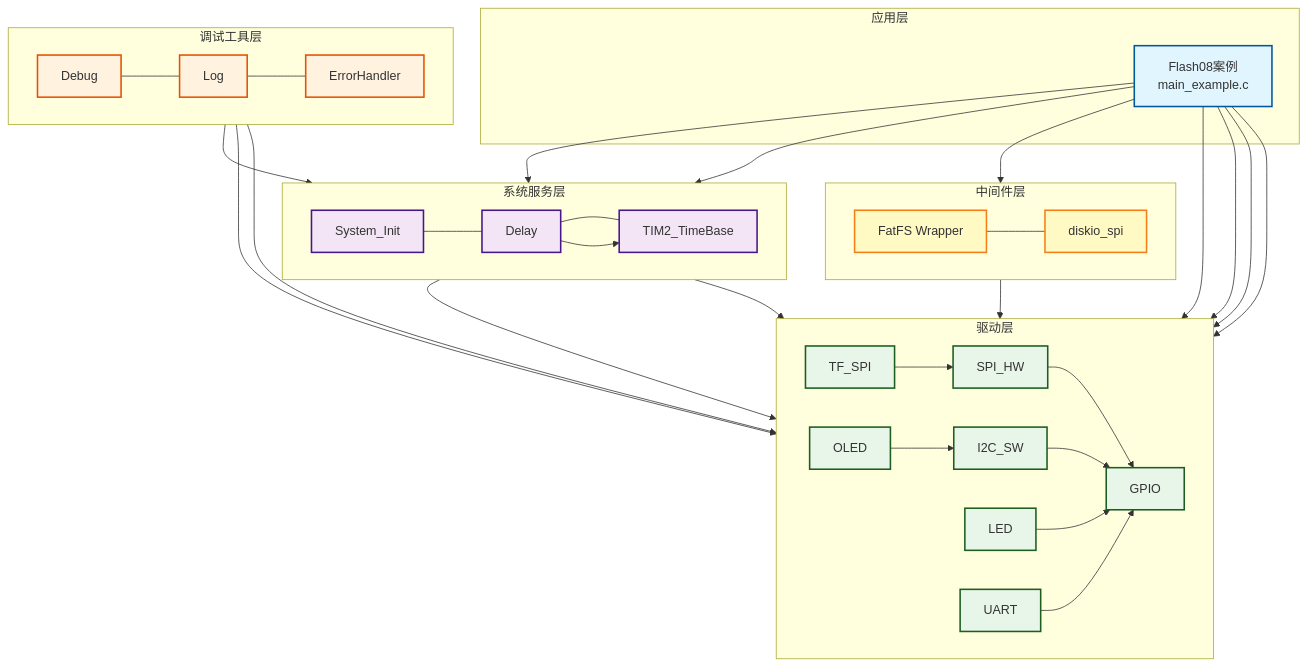
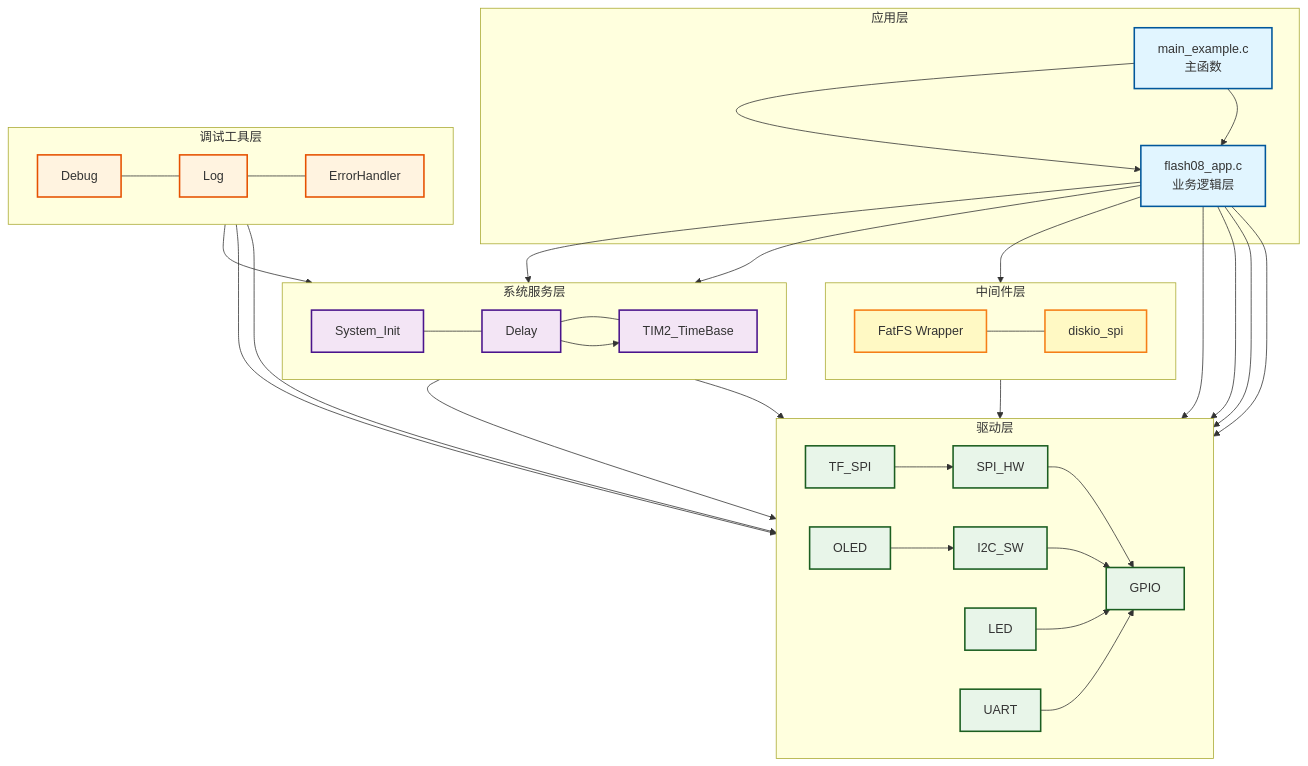
One commit to mdbsliguo/stm32_template_SPL changed the first of 3 diagrams in Examples/Flash/Flash08_TF_FatFS_Partition/README.md. Above: the diagram before and after it, drawn with Mermaid. The commit also changed other lines of this file and 7 other files, not shown here.

```diff
--- a/Examples/Flash/Flash08_TF_FatFS_Partition/README.md
+++ b/Examples/Flash/Flash08_TF_FatFS_Partition/README.md
@@ -95,7 +95,9 @@
 flowchart TB
     %% 应用层
     subgraph APP_LAYER[应用层]
-        APP[Flash08案例<br/>main_example.c]
+        MAIN[main_example.c<br/>主函数]
+        APP_LOGIC[flash08_app.c<br/>业务逻辑层]
+        MAIN --> APP_LOGIC
     end
     
     %% 系统服务层
@@ -139,13 +141,14 @@
     end
     
     %% 应用层依赖
-    APP --> SYS_INIT
-    APP --> FATFS
-    APP --> TF_SPI
-    APP --> OLED
-    APP --> LED
-    APP --> UART
-    APP --> DELAY
+    MAIN --> APP_LOGIC
+    APP_LOGIC --> SYS_INIT
+    APP_LOGIC --> FATFS
+    APP_LOGIC --> TF_SPI
+    APP_LOGIC --> OLED
+    APP_LOGIC --> LED
+    APP_LOGIC --> UART
+    APP_LOGIC --> DELAY
     
     %% 系统服务层依赖
     SYS_INIT --> GPIO
@@ -175,7 +178,7 @@
     classDef driverLayer fill:#e8f5e9,stroke:#1b5e20,stroke-width:2px
     classDef debugLayer fill:#fff3e0,stroke:#e65100,stroke-width:2px
     
-    class APP appLayer
+    class MAIN,APP_LOGIC appLayer
     class SYS_INIT,DELAY,BASE_TIMER sysLayer
     class FATFS,DISKIO_SPI mwLayer
     class GPIO,SPI,TF_SPI,I2C_SW,OLED,LED,UART driverLayer
```
